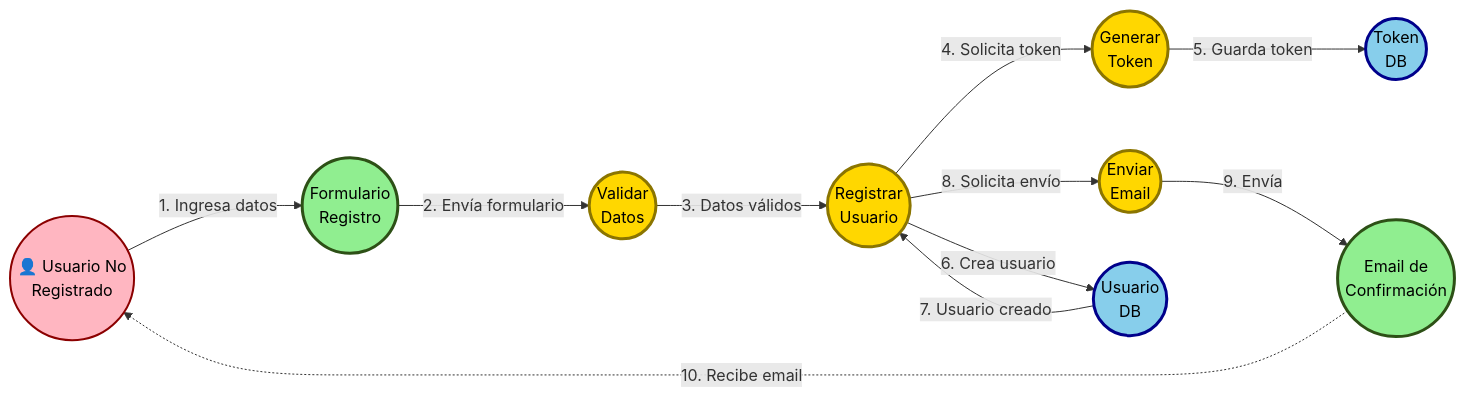
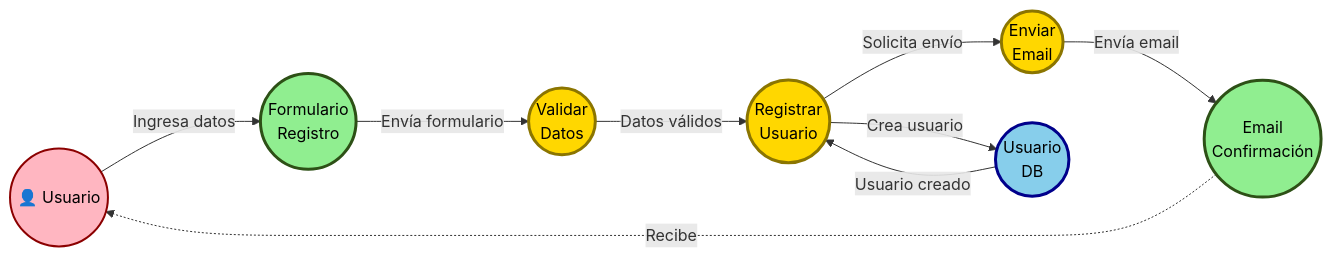
Before and after one commit to cgala/TFI_HybridParking: the first of 5 diagrams in diagrama-robustez-uml.md, drawn with Mermaid. The commit also changed other lines of this file and 1 other file, not shown here.

First line of the commit message:
Refactor: Optimizar diagramas de robustez UML

````diff
--- a/diagrama-robustez-uml.md
+++ b/diagrama-robustez-uml.md
@@ -40,39 +40,35 @@
 ```mermaid
 graph LR
-    Actor((👤 Usuario No<br/>Registrado))
+    Actor((👤 Usuario))
 
-    %% BOUNDARIES - Círculos verdes
+    %% BOUNDARIES
     B1((Formulario<br/>Registro))
-    B2((Email de<br/>Confirmación))
+    B2((Email<br/>Confirmación))
 
-    %% CONTROLS - Círculos amarillos
+    %% CONTROLS
     C1((Validar<br/>Datos))
     C2((Registrar<br/>Usuario))
-    C3((Generar<br/>Token))
-    C4((Enviar<br/>Email))
+    C3((Enviar<br/>Email))
 
-    %% ENTITIES - Círculos azules
+    %% ENTITIES
     E1((Usuario<br/>DB))
-    E2((Token<br/>DB))
 
-    Actor -->|1. Ingresa datos| B1
-    B1 -->|2. Envía formulario| C1
-    C1 -->|3. Datos válidos| C2
-    C2 -->|4. Solicita token| C3
-    C3 -->|5. Guarda token| E2
-    C2 -->|6. Crea usuario| E1
-    E1 -->|7. Usuario creado| C2
-    C2 -->|8. Solicita envío| C4
-    C4 -->|9. Envía| B2
-    B2 -.->|10. Recibe email| Actor
+    Actor -->|Ingresa datos| B1
+    B1 -->|Envía formulario| C1
+    C1 -->|Datos válidos| C2
+    C2 -->|Crea usuario| E1
+    E1 -->|Usuario creado| C2
+    C2 -->|Solicita envío| C3
+    C3 -->|Envía email| B2
+    B2 -.->|Recibe| Actor
 
     classDef boundary fill:#90EE90,stroke:#2d5016,stroke-width:3px,color:#000
     classDef control fill:#FFD700,stroke:#8B7500,stroke-width:3px,color:#000
     classDef entity fill:#87CEEB,stroke:#00008B,stroke-width:3px,color:#000
     classDef actor fill:#FFB6C1,stroke:#8B0000,stroke-width:2px,color:#000
 
     class B1,B2 boundary
-    class C1,C2,C3,C4 control
-    class E1,E2 entity
+    class C1,C2,C3 control
+    class E1 entity
     class Actor actor
 ```
````
